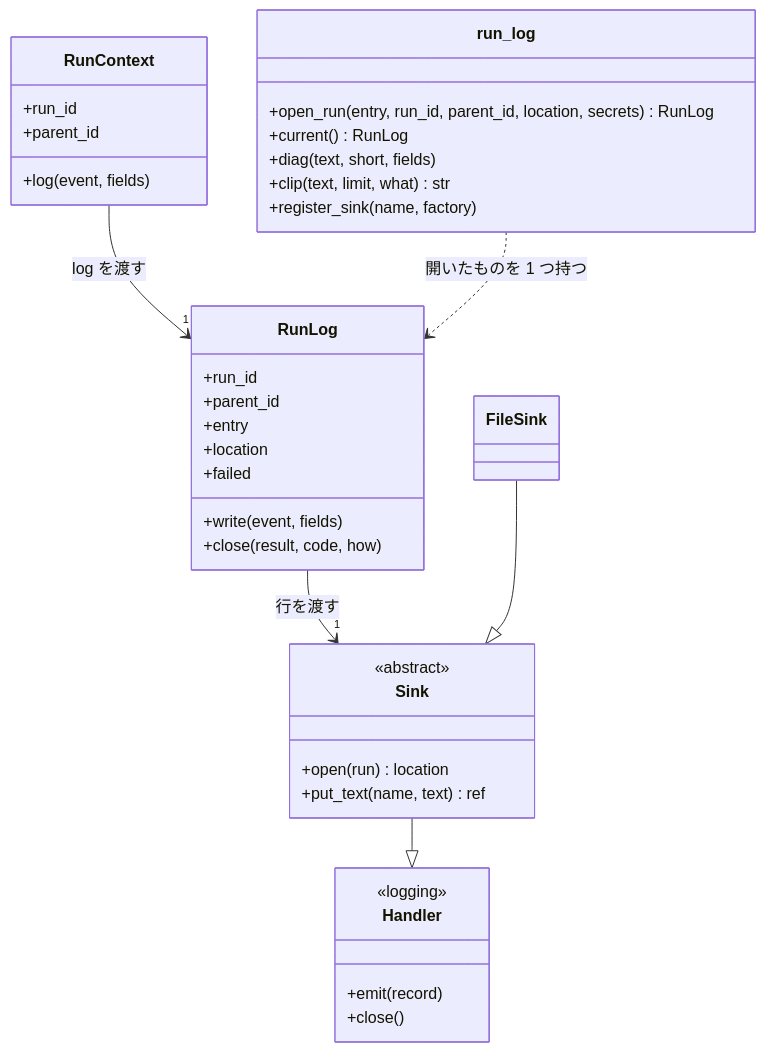
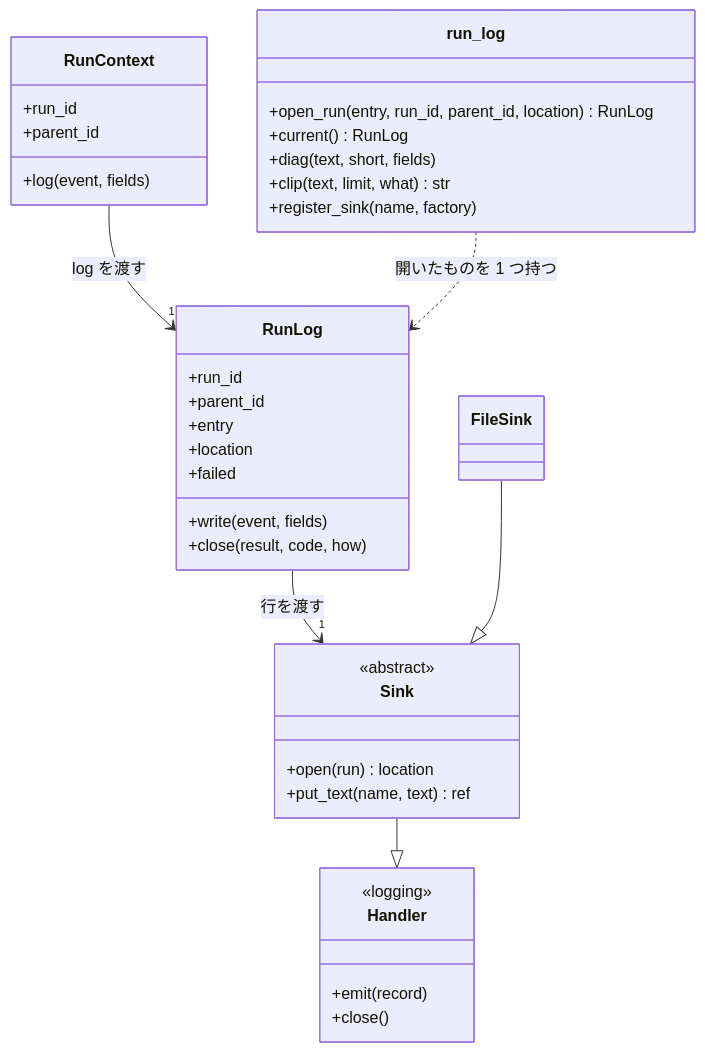
Before and after one commit to devbasex/ai-plugins: the third of 5 diagrams in issues/issue-2338-design.md, drawn with Mermaid. The commit also changed other lines of this file and 3 other files, not shown here.

````diff
--- a/issues/issue-2338-design.md
+++ b/issues/issue-2338-design.md
@@ -219,40 +221,40 @@
 ```mermaid
 classDiagram
     class RunLog {
         +run_id
         +parent_id
         +entry
         +location
         +failed
         +write(event, fields)
         +close(result, code, how)
     }
     class Handler {
         <<logging>>
         +emit(record)
         +close()
     }
     class Sink {
         <<abstract>>
         +open(run) location
         +put_text(name, text) ref
     }
     class FileSink
     class RunContext {
         +run_id
         +parent_id
         +log(event, fields)
     }
     class run_log {
-        +open_run(entry, run_id, parent_id, location, secrets) RunLog
+        +open_run(entry, run_id, parent_id, location) RunLog
         +current() RunLog
         +diag(text, short, fields)
         +clip(text, limit, what) str
         +register_sink(name, factory)
     }
     RunContext --> "1" RunLog : log を渡す
     RunLog --> "1" Sink : 行を渡す
     Sink --|> Handler
     FileSink --|> Sink
     run_log ..> RunLog : 開いたものを 1 つ持つ
 ```
````
